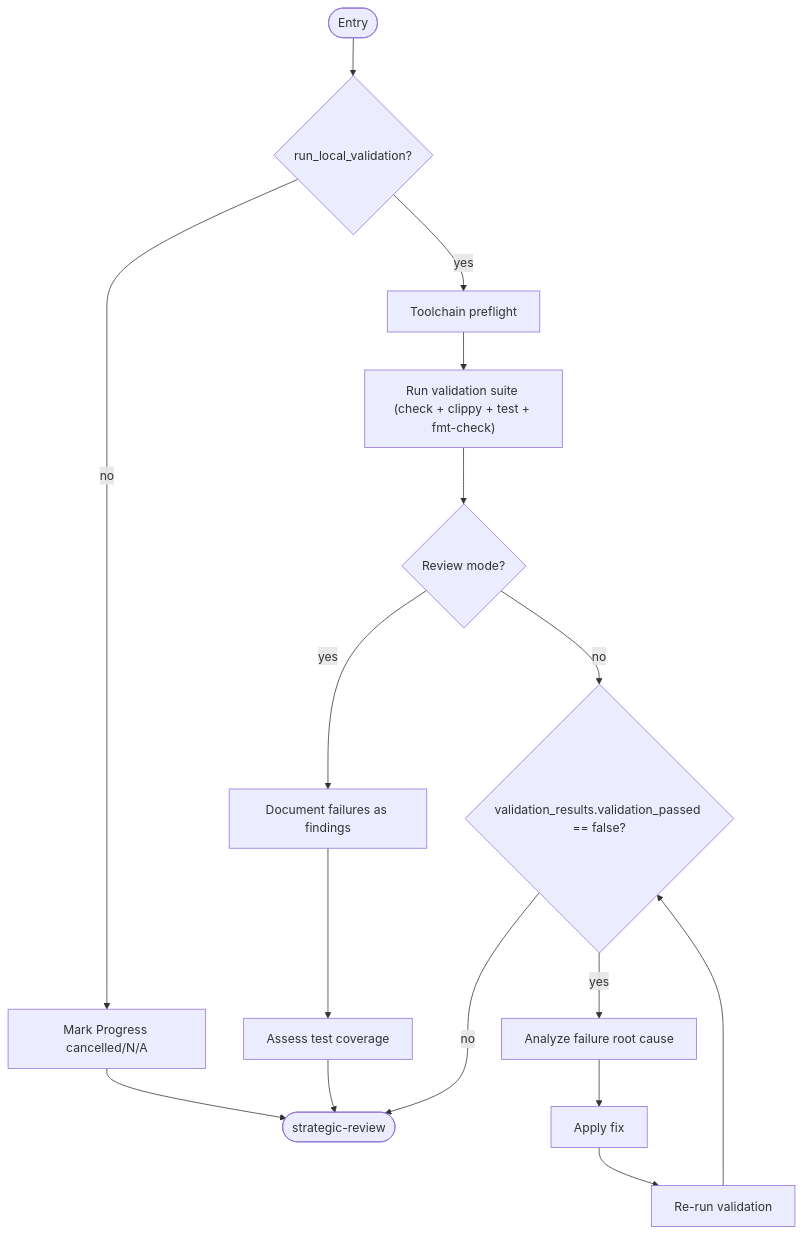
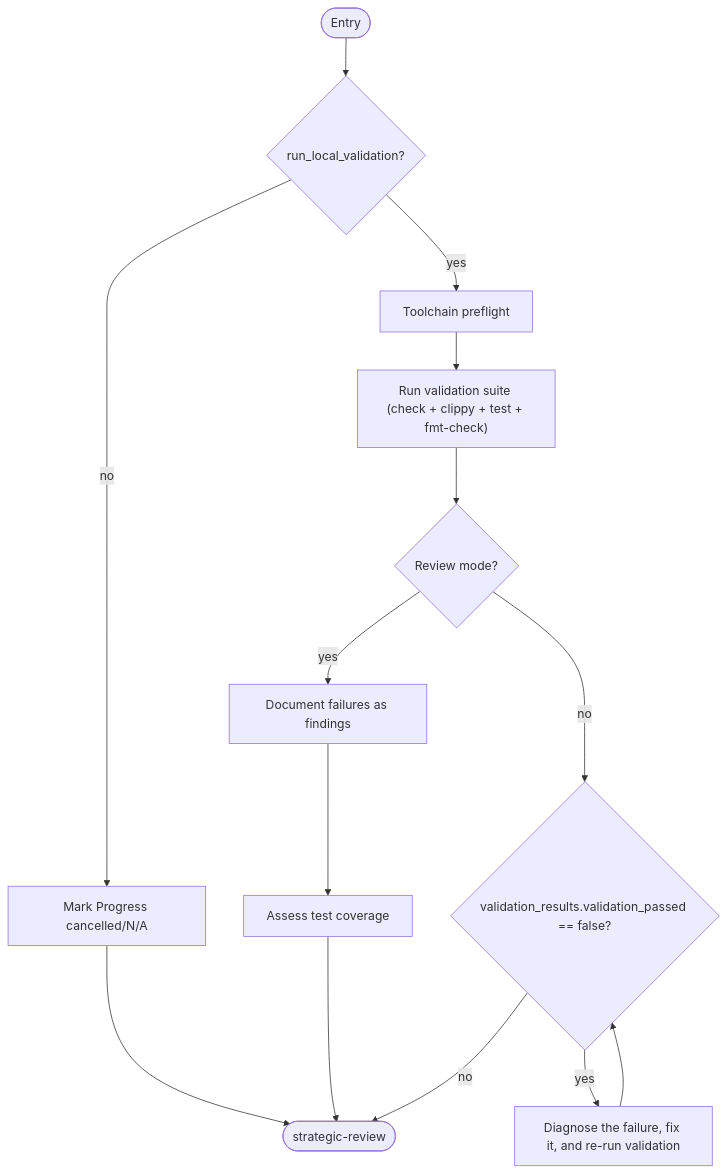
Diagram 12 of 15 in work-package/activities/README.md (m2ux/workflow-server), drawn with Mermaid before and after one commit. The commit also changed other lines of this file, not shown here.

First line of the commit message:
docs(work-package): group each activity diagram's straight runs into one block

````diff
--- a/work-package/activities/README.md
+++ b/work-package/activities/README.md
@@ -355,18 +315,16 @@
 ```mermaid
 graph TD
     entryNode(["Entry"]) --> localGate{"run_local_validation?"}
     localGate -->|"no"| markNa["Mark Progress cancelled/N/A"]
     markNa --> exitNode(["strategic-review"])
     localGate -->|"yes"| preflight["Toolchain preflight"]
     preflight --> runSuite["Run validation suite (check + clippy + test + fmt-check)"]
     runSuite --> reviewMode{"Review mode?"}
     reviewMode -->|"yes"| documentFailures["Document failures as findings"]
     documentFailures --> assessCoverage["Assess test coverage"]
     assessCoverage --> exitNode
     reviewMode -->|"no"| fixBranch{"validation_results.validation_passed == false?"}
     fixBranch -->|"no"| exitNode
-    fixBranch -->|"yes"| analyzeFailure["Analyze failure root cause"]
-    analyzeFailure --> applyFix["Apply fix"]
-    applyFix --> revalidate["Re-run validation"]
-    revalidate --> fixBranch
+    fixBranch -->|"yes"| analyzeFailure["Diagnose the failure, fix it, and re-run validation"]
+    analyzeFailure --> fixBranch
 ```
````
